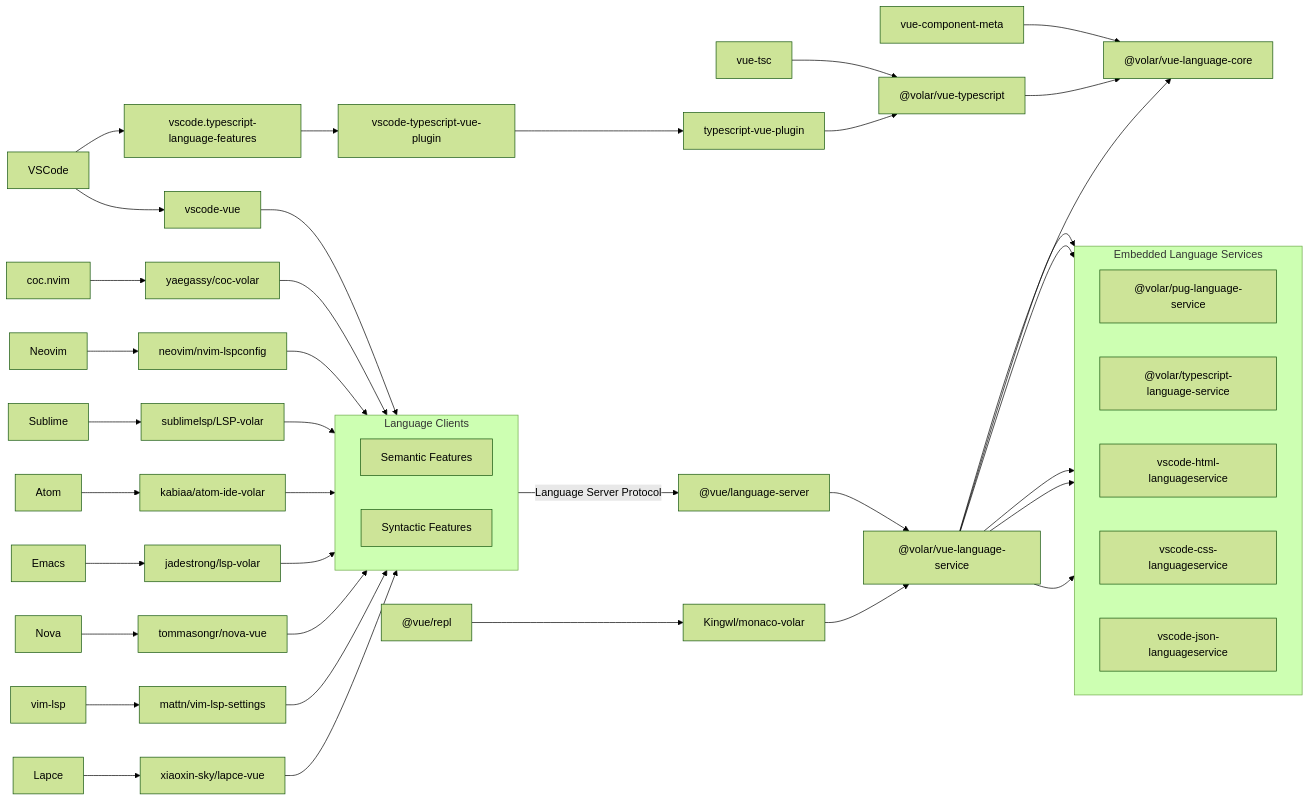
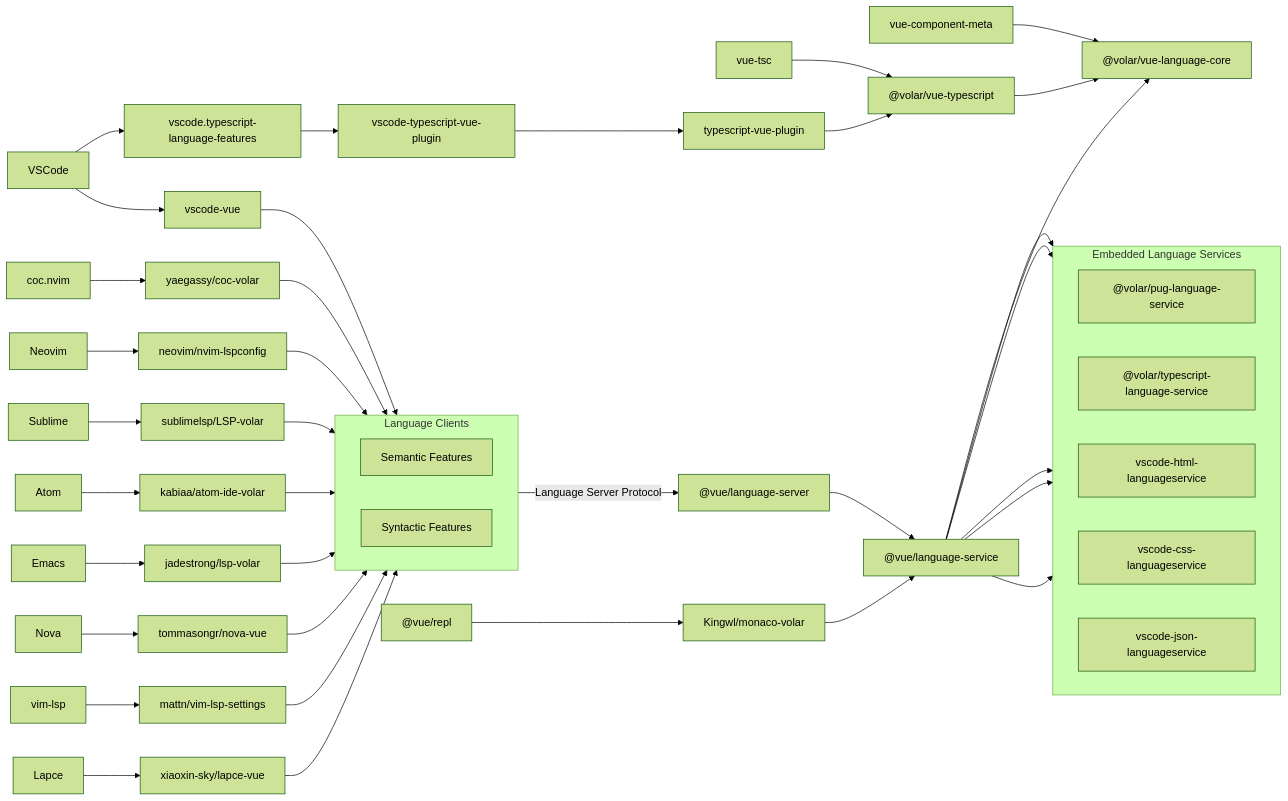
The diagram in README.md (vuejs/language-tools), drawn with Mermaid (forest theme) before and after one commit. The commit also changed 7 other files, not shown here.

Commit message:
chore: `@volar/vue-language-service` -> `@vue/language-service`

```diff
--- a/README.md
+++ b/README.md
@@ -118,7 +118,7 @@
 	VOLAR_VUE_SERVER["@vue/language-server"]
 	VOLAR_VUE_TS["@volar/vue-typescript"]
 	VOLAR_VUE_CORE["@volar/vue-language-core"]
-	VOLAR_VUE_SERVICE["@volar/vue-language-service"]
+	VOLAR_VUE_SERVICE["@vue/language-service"]
 	VOLAR_PUG_SERVICE["@volar/pug-language-service"]
 	VOLAR_TS_SERVICE["@volar/typescript-language-service"]
 	VUE_TSC[vue-tsc]
```
